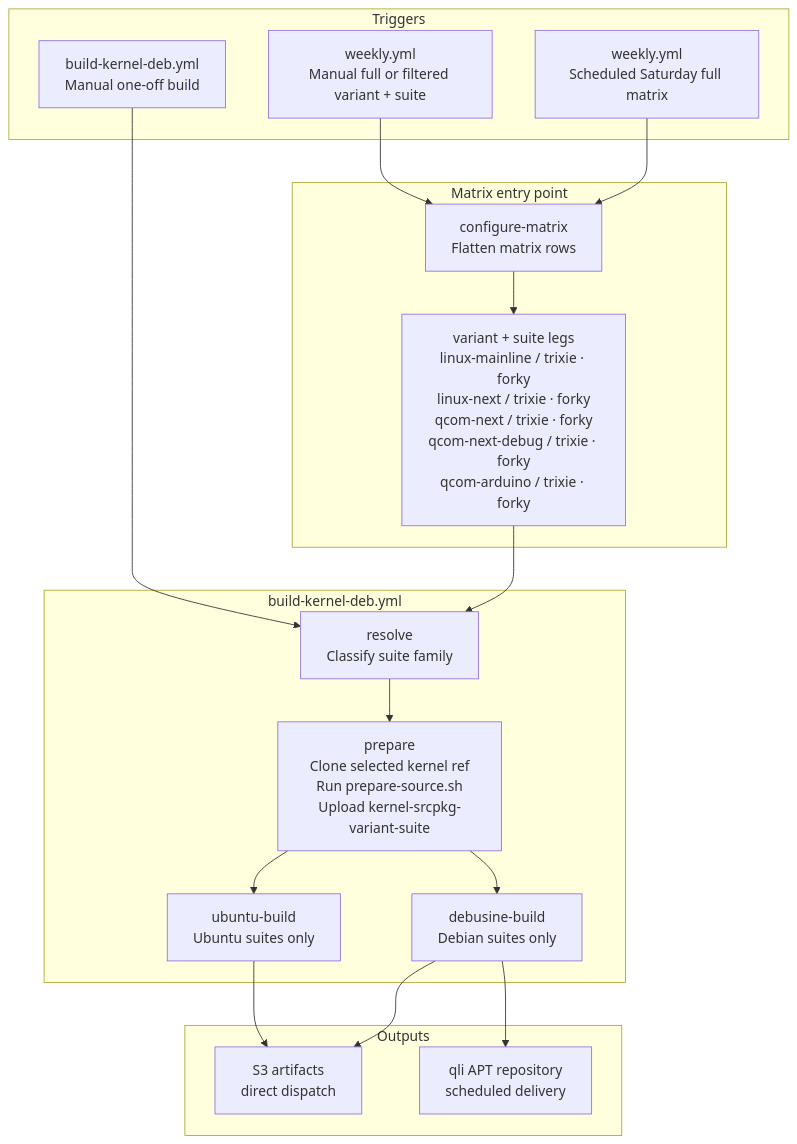
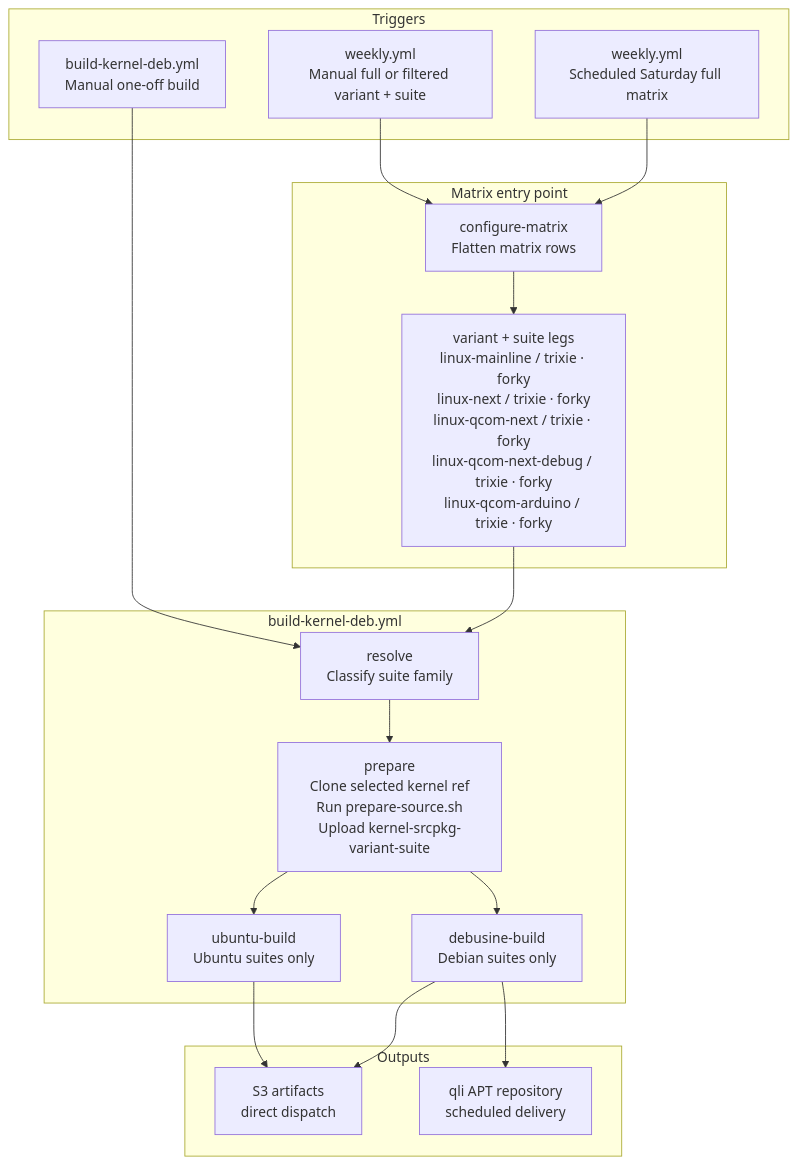
Before and after one commit to qualcomm-linux/pkg-linux-qcom: the second of 6 diagrams in README.md, drawn with Mermaid. The commit also changed other lines of this file and 5 other files, not shown here.

````diff
--- a/README.md
+++ b/README.md
@@ -244,34 +247,34 @@
 ```mermaid
 flowchart TD
     subgraph triggers[Triggers]
         A1["weekly.yml\nScheduled Saturday full matrix"]
         A2["weekly.yml\nManual full or filtered variant + suite"]
         A3["build-kernel-deb.yml\nManual one-off build"]
     end
 
     subgraph matrix[Matrix entry point]
         B1["configure-matrix\nFlatten matrix rows"]
-        B2["variant + suite legs\nlinux-mainline / trixie · forky\nlinux-next / trixie · forky\nqcom-next / trixie · forky\nqcom-next-debug / trixie · forky\nqcom-arduino / trixie · forky"]
+        B2["variant + suite legs\nlinux-mainline / trixie · forky\nlinux-next / trixie · forky\nlinux-qcom-next / trixie · forky\nlinux-qcom-next-debug / trixie · forky\nlinux-qcom-arduino / trixie · forky"]
     end
 
     subgraph orchestrator[build-kernel-deb.yml]
         C1["resolve\nClassify suite family"]
         C2["prepare\nClone selected kernel ref\nRun prepare-source.sh\nUpload kernel-srcpkg-variant-suite"]
         C3["debusine-build\nDebian suites only"]
         C4["ubuntu-build\nUbuntu suites only"]
     end
 
     subgraph outputs[Outputs]
         D1["S3 artifacts\ndirect dispatch"]
         D2["qli APT repository\nscheduled delivery"]
     end
 
     A1 --> B1
     A2 --> B1
     B1 --> B2 --> C1
     A3 --> C1
     C1 --> C2
     C2 --> C3 & C4
     C3 --> D1 & D2
     C4 --> D1
 ```
````
